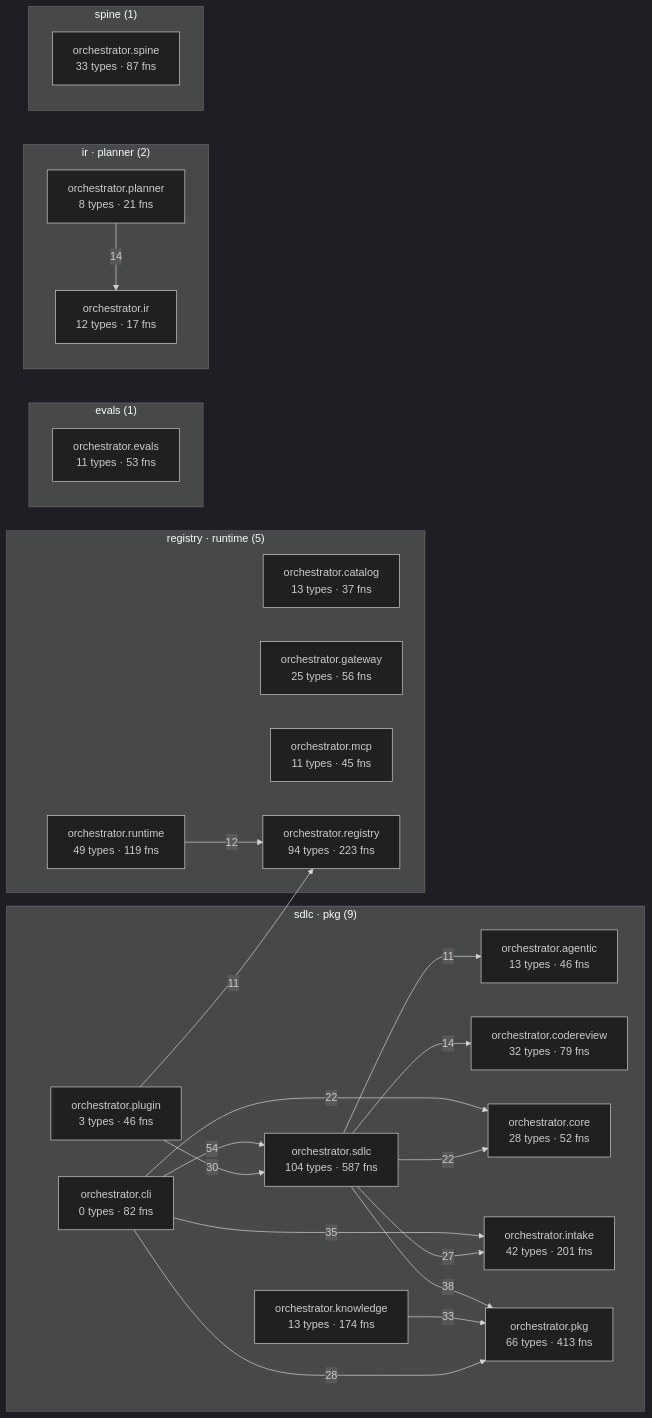
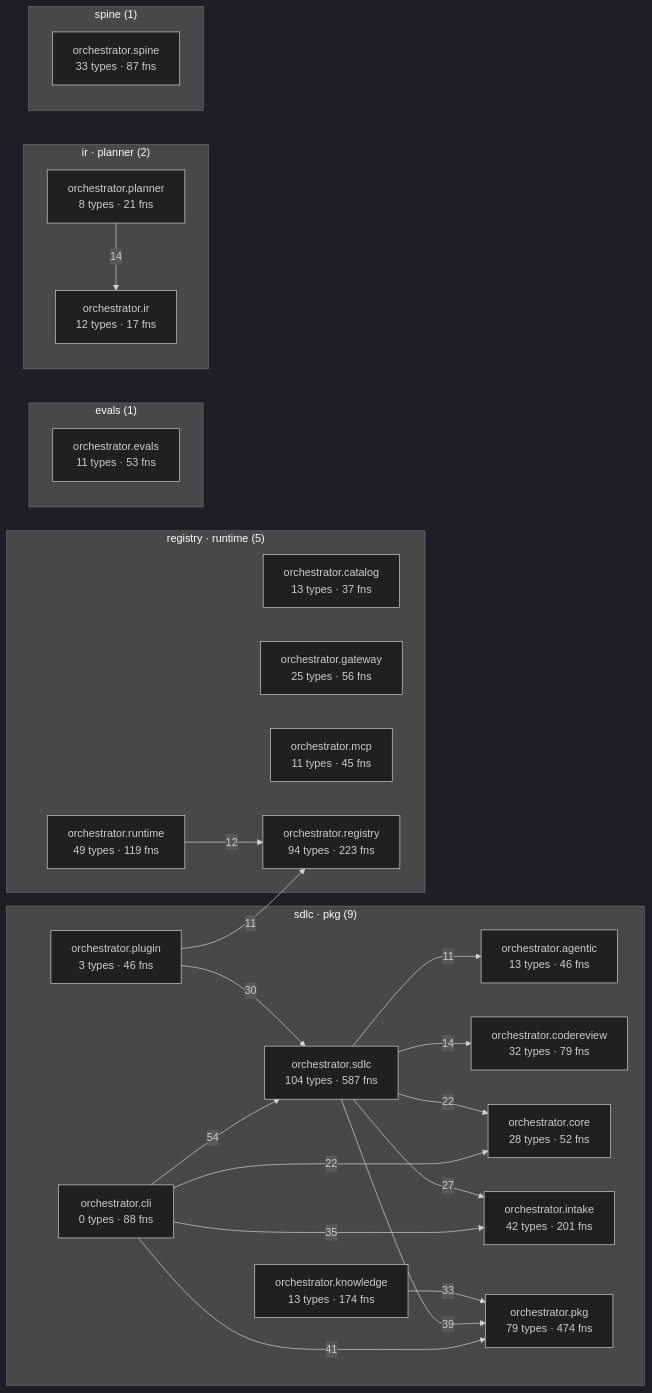
Before and after one commit to synaptixs/spine: the diagram in episteme/architecture.md, drawn with Mermaid (dark theme). The commit also changed other lines of this file and 31 other files, not shown here.

````diff
--- a/episteme/architecture.md
+++ b/episteme/architecture.md
@@ -54,45 +54,45 @@
 ```mermaid
 flowchart LR
   subgraph c_1["sdlc · pkg (9)"]
     aorchestratoragentic["orchestrator.agentic<br/>13 types · 46 fns"]
-    aorchestratorcli["orchestrator.cli<br/>0 types · 82 fns"]
+    aorchestratorcli["orchestrator.cli<br/>0 types · 88 fns"]
     aorchestratorcodereview["orchestrator.codereview<br/>32 types · 79 fns"]
     aorchestratorcore["orchestrator.core<br/>28 types · 52 fns"]
     aorchestratorintake["orchestrator.intake<br/>42 types · 201 fns"]
     aorchestratorknowledge["orchestrator.knowledge<br/>13 types · 174 fns"]
-    aorchestratorpkg["orchestrator.pkg<br/>66 types · 413 fns"]
+    aorchestratorpkg["orchestrator.pkg<br/>79 types · 474 fns"]
     aorchestratorplugin["orchestrator.plugin<br/>3 types · 46 fns"]
     aorchestratorsdlc["orchestrator.sdlc<br/>104 types · 587 fns"]
   end
   subgraph c_3["registry · runtime (5)"]
     aorchestratorcatalog["orchestrator.catalog<br/>13 types · 37 fns"]
     aorchestratorgateway["orchestrator.gateway<br/>25 types · 56 fns"]
     aorchestratormcp["orchestrator.mcp<br/>11 types · 45 fns"]
     aorchestratorregistry["orchestrator.registry<br/>94 types · 223 fns"]
     aorchestratorruntime["orchestrator.runtime<br/>49 types · 119 fns"]
   end
   subgraph c_5["evals (1)"]
     aorchestratorevals["orchestrator.evals<br/>11 types · 53 fns"]
   end
   subgraph c_7["ir · planner (2)"]
     aorchestratorir["orchestrator.ir<br/>12 types · 17 fns"]
     aorchestratorplanner["orchestrator.planner<br/>8 types · 21 fns"]
   end
   subgraph c_10["spine (1)"]
     aorchestratorspine["orchestrator.spine<br/>33 types · 87 fns"]
   end
   aorchestratorcli -->|54| aorchestratorsdlc
-  aorchestratorsdlc -->|38| aorchestratorpkg
+  aorchestratorcli -->|41| aorchestratorpkg
+  aorchestratorsdlc -->|39| aorchestratorpkg
   aorchestratorcli -->|35| aorchestratorintake
   aorchestratorknowledge -->|33| aorchestratorpkg
   aorchestratorplugin -->|30| aorchestratorsdlc
-  aorchestratorcli -->|28| aorchestratorpkg
   aorchestratorsdlc -->|27| aorchestratorintake
   aorchestratorcli -->|22| aorchestratorcore
   aorchestratorsdlc -->|22| aorchestratorcore
   aorchestratorplanner -->|14| aorchestratorir
   aorchestratorsdlc -->|14| aorchestratorcodereview
   aorchestratorruntime -->|12| aorchestratorregistry
   aorchestratorplugin -->|11| aorchestratorregistry
   aorchestratorsdlc -->|11| aorchestratoragentic
 ```
````
